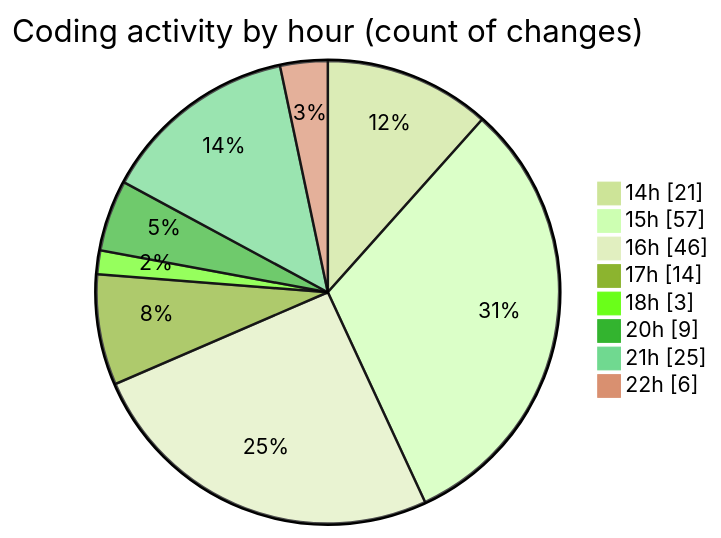
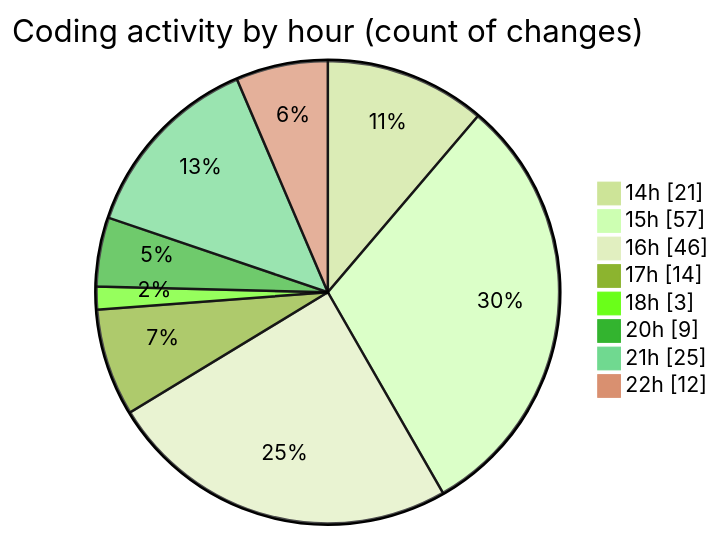
One commit to Ritupan-Deka/code-tracking changed the second of 2 diagrams in 2025-05-24/projects/README.md. Above: the diagram before and after it, drawn with Mermaid (forest theme). The commit also changed other lines of this file and 1 other file, not shown here.

````diff
--- a/2025-05-24/projects/README.md
+++ b/2025-05-24/projects/README.md
@@ -35,12 +35,12 @@
 ```mermaid
 pie showData
 title Coding activity by hour (count of changes)
 "14h" : 21
 "15h" : 57
 "16h" : 46
 "17h" : 14
 "18h" : 3
 "20h" : 9
 "21h" : 25
-"22h" : 6
+"22h" : 12
 ```
````
